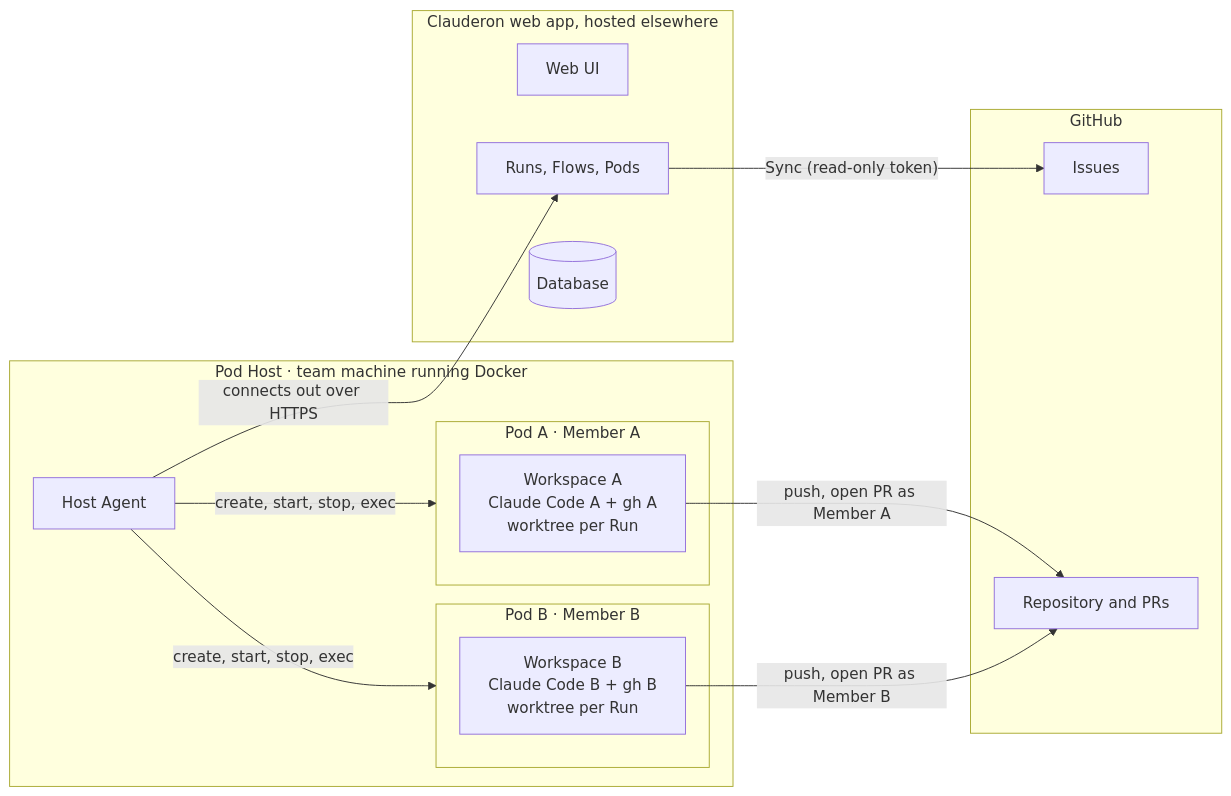
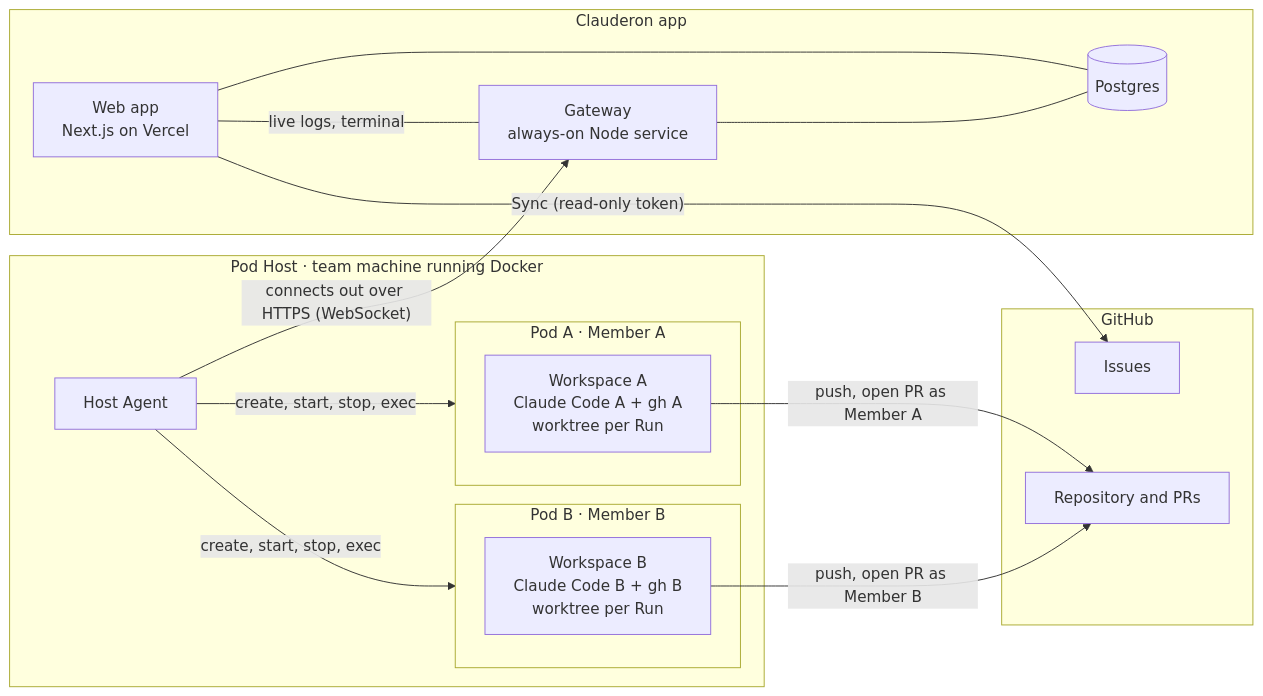
One commit to toinguyen-agilityio/clauderon changed the second of 3 diagrams in docs/requirements/v1-requirements.md. Above: the diagram before and after it, drawn with Mermaid. The commit also changed other lines of this file and 4 other files, not shown here.

````diff
--- a/docs/requirements/v1-requirements.md
+++ b/docs/requirements/v1-requirements.md
@@ -32,27 +32,30 @@
 ```mermaid
 flowchart LR
   subgraph GH[GitHub]
     Issues[Issues]
     Repo[Repository and PRs]
   end
-  subgraph App[Clauderon web app, hosted elsewhere]
-    UI[Web UI]
-    Core[Runs, Flows, Pods]
-    DB[(Database)]
+  subgraph App[Clauderon app]
+    UI["Web app<br/>Next.js on Vercel"]
+    GW["Gateway<br/>always-on Node service"]
+    DB[(Postgres)]
   end
   subgraph Host["Pod Host · team machine running Docker"]
     Agent[Host Agent]
     subgraph PodA["Pod A · Member A"]
       WA["Workspace A<br/>Claude Code A + gh A<br/>worktree per Run"]
     end
     subgraph PodB["Pod B · Member B"]
       WB["Workspace B<br/>Claude Code B + gh B<br/>worktree per Run"]
     end
   end
-  Core -- "Sync (read-only token)" --> Issues
-  Agent -- connects out over HTTPS --> Core
+  UI --- DB
+  GW --- DB
+  UI -- "live logs, terminal" --- GW
+  UI -- "Sync (read-only token)" --> Issues
+  Agent -- "connects out over HTTPS (WebSocket)" --> GW
   Agent -- "create, start, stop, exec" --> PodA
   Agent -- "create, start, stop, exec" --> PodB
   WA -- "push, open PR as Member A" --> Repo
   WB -- "push, open PR as Member B" --> Repo
 ```
````
